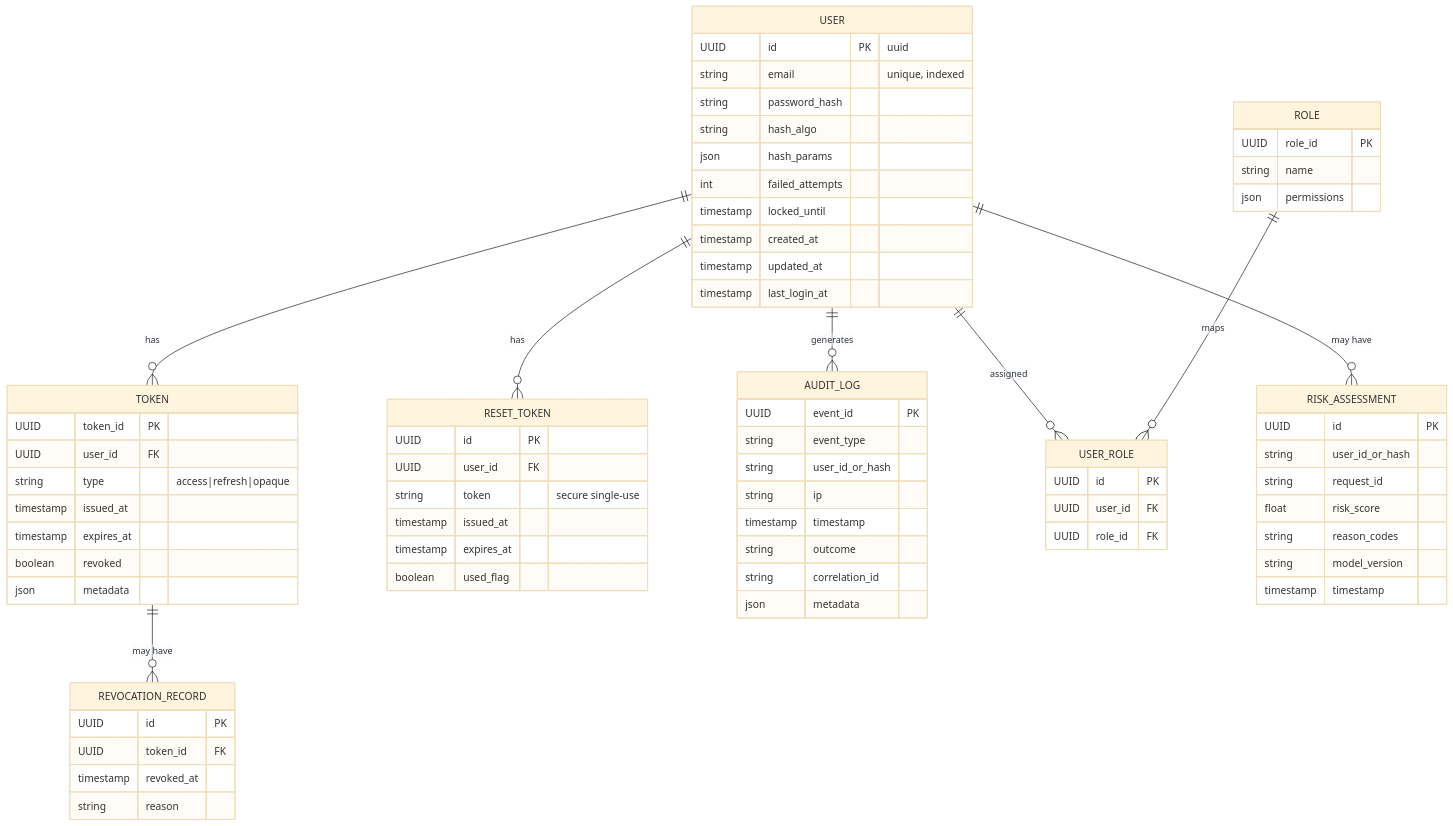
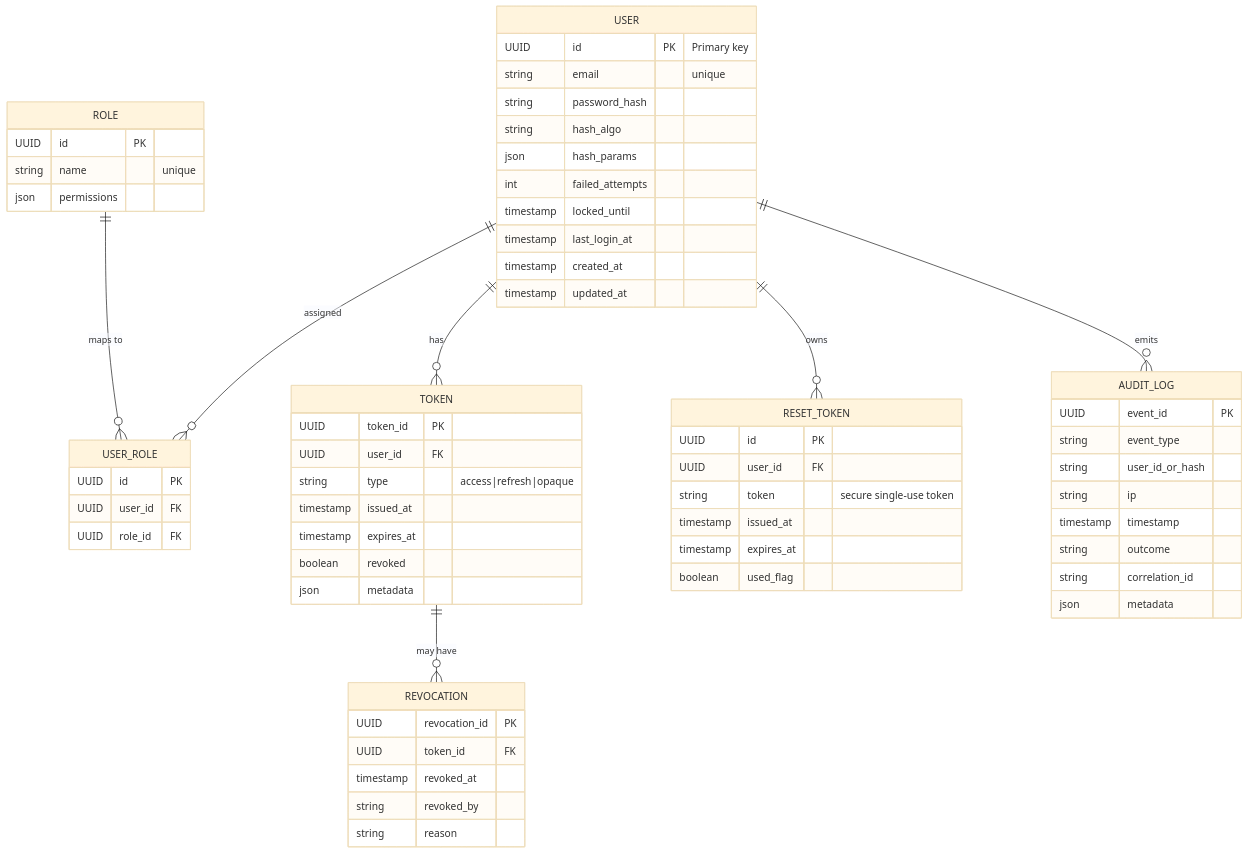
One commit to Hadiya-Kanini/Demo changed the fifth of 11 diagrams in .propel/context/docs/models.md. Above: the diagram before and after it, drawn with Mermaid (base theme). The commit also changed other lines of this file, not shown here.

Commit message:
feat: design-model generated by AI agent

````diff
--- a/.propel/context/docs/models.md
+++ b/.propel/context/docs/models.md
@@ -226,75 +235,72 @@
 ```mermaid
 erDiagram
   USER {
-    UUID id PK "uuid"
-    string email "unique, indexed"
+    UUID id PK "Primary key"
+    string email "unique"
     string password_hash
     string hash_algo
     json hash_params
     int failed_attempts
     timestamp locked_until
+    timestamp last_login_at
     timestamp created_at
     timestamp updated_at
-    timestamp last_login_at
   }
+
+  ROLE {
+    UUID id PK
+    string name "unique"
+    json permissions
+  }
+
+  USER_ROLE {
+    UUID id PK
+    UUID user_id FK
+    UUID role_id FK
+  }
+
   TOKEN {
     UUID token_id PK
     UUID user_id FK
     string type "access|refresh|opaque"
     timestamp issued_at
     timestamp expires_at
     boolean revoked
     json metadata
   }
+
   RESET_TOKEN {
     UUID id PK
     UUID user_id FK
-    string token "secure single-use"
+    string token "secure single-use token"
     timestamp issued_at
     timestamp expires_at
     boolean used_flag
   }
+
   AUDIT_LOG {
     UUID event_id PK
     string event_type
     string user_id_or_hash
     string ip
     timestamp timestamp
     string outcome
     string correlation_id
     json metadata
   }
-  ROLE {
-    UUID role_id PK
-    string name
-    json permissions
-  }
-  USER_ROLE {
-    UUID id PK
-    UUID user_id FK
-    UUID role_id FK
-  }
-  REVOCATION_RECORD {
-    UUID id PK
+
+  REVOCATION {
+    UUID revocation_id PK
     UUID token_id FK
     timestamp revoked_at
+    string revoked_by
     string reason
-  }
-  RISK_ASSESSMENT {
-    UUID id PK
-    string user_id_or_hash
-    string request_id
-    float risk_score
-    string reason_codes
-    string model_version
-    timestamp timestamp
   }
 
   USER ||--o{ TOKEN : "has"
-  USER ||--o{ RESET_TOKEN : "has"
-  USER ||--o{ AUDIT_LOG : "generates"
+  USER ||--o{ RESET_TOKEN : "owns"
+  USER ||--o{ AUDIT_LOG : "emits"
   USER ||--o{ USER_ROLE : "assigned"
-  ROLE ||--o{ USER_ROLE : "maps"
-  TOKEN ||--o{ REVOCATION_RECORD : "may have"
-  USER ||--o{ RISK_ASSESSMENT : "may have"
+  ROLE ||--o{ USER_ROLE : "maps to"
+  TOKEN ||--o{ REVOCATION : "may have"
 ```
````
